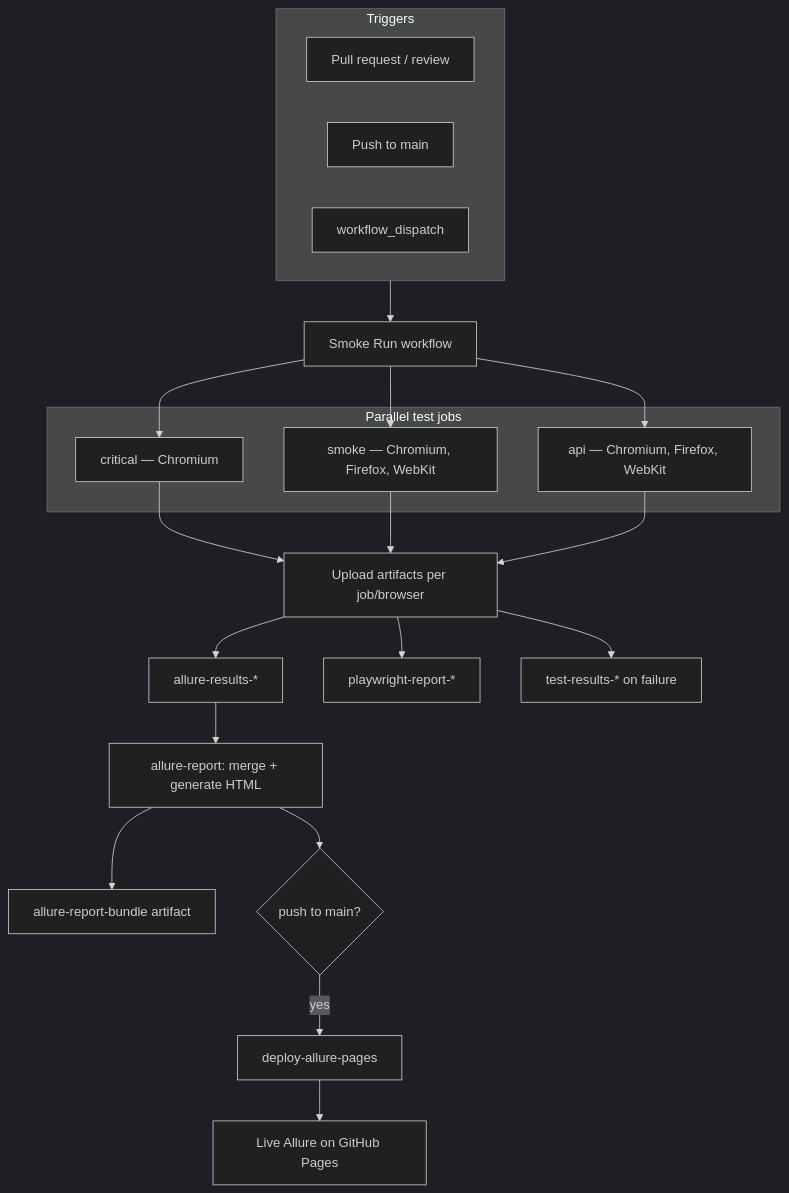
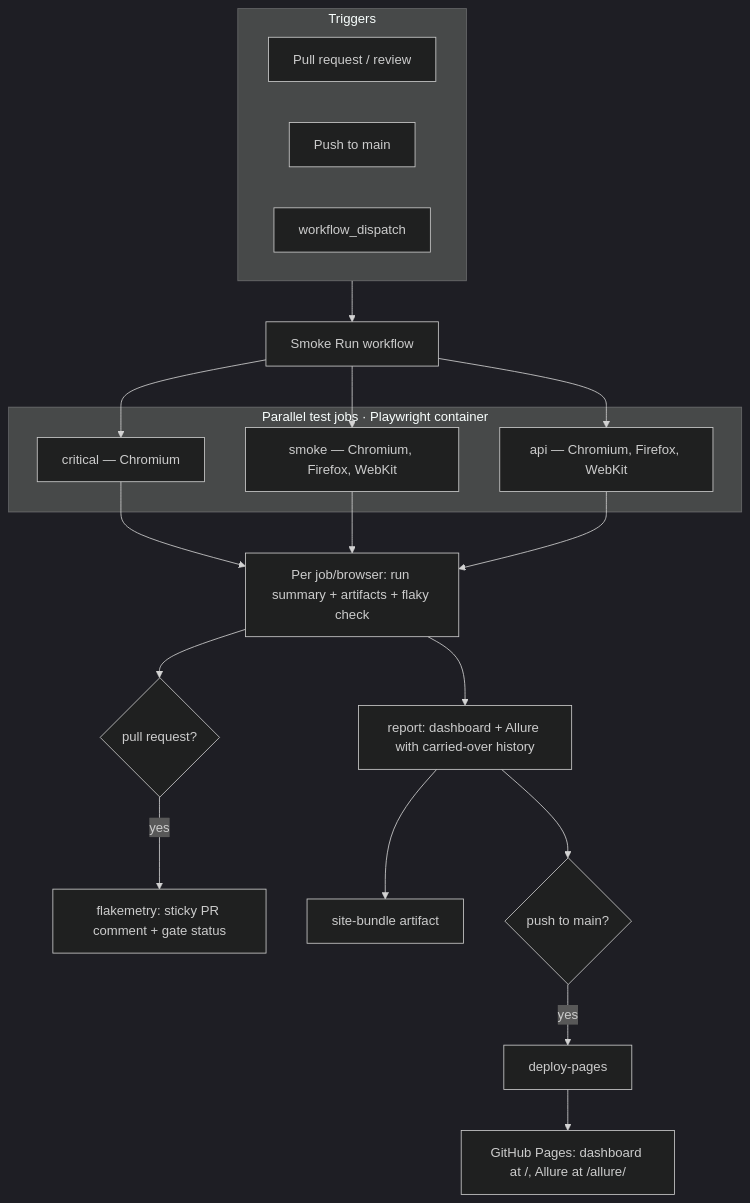
The diagram in docs/ci-pipeline.md (AKogut/playwright-ecommerce-framework), drawn with Mermaid (dark theme) before and after one commit. The commit also changed other lines of this file and 5 other files, not shown here.

````diff
--- a/docs/ci-pipeline.md
+++ b/docs/ci-pipeline.md
@@ -9,34 +13,33 @@
 ```mermaid
 flowchart TD
     subgraph triggers [Triggers]
         PR[Pull request / review]
         MAIN[Push to main]
         WD[workflow_dispatch]
     end
 
     triggers --> SR[Smoke Run workflow]
 
-    subgraph parallel [Parallel test jobs]
+    subgraph parallel [Parallel test jobs · Playwright container]
         C[critical — Chromium]
         S[smoke — Chromium, Firefox, WebKit]
         A[api — Chromium, Firefox, WebKit]
     end
 
     SR --> C
     SR --> S
     SR --> A
 
-    C --> ART[Upload artifacts per job/browser]
+    C --> ART[Per job/browser: run summary + artifacts + flaky check]
     S --> ART
     A --> ART
 
-    ART --> A1[allure-results-*]
-    ART --> A2[playwright-report-*]
-    ART --> A3[test-results-* on failure]
+    ART --> FM{pull request?}
+    FM -->|yes| INSIGHT[flakemetry: sticky PR comment + gate status]
 
-    A1 --> MERGE[allure-report: merge + generate HTML]
-    MERGE --> BUNDLE[allure-report-bundle artifact]
-    MERGE --> PAGES{push to main?}
-    PAGES -->|yes| DEPLOY[deploy-allure-pages]
-    DEPLOY --> LIVE[Live Allure on GitHub Pages]
+    ART --> REPORT[report: dashboard + Allure with carried-over history]
+    REPORT --> BUNDLE[site-bundle artifact]
+    REPORT --> PAGES{push to main?}
+    PAGES -->|yes| DEPLOY[deploy-pages]
+    DEPLOY --> LIVE["GitHub Pages: dashboard at /, Allure at /allure/"]
 ```
````
